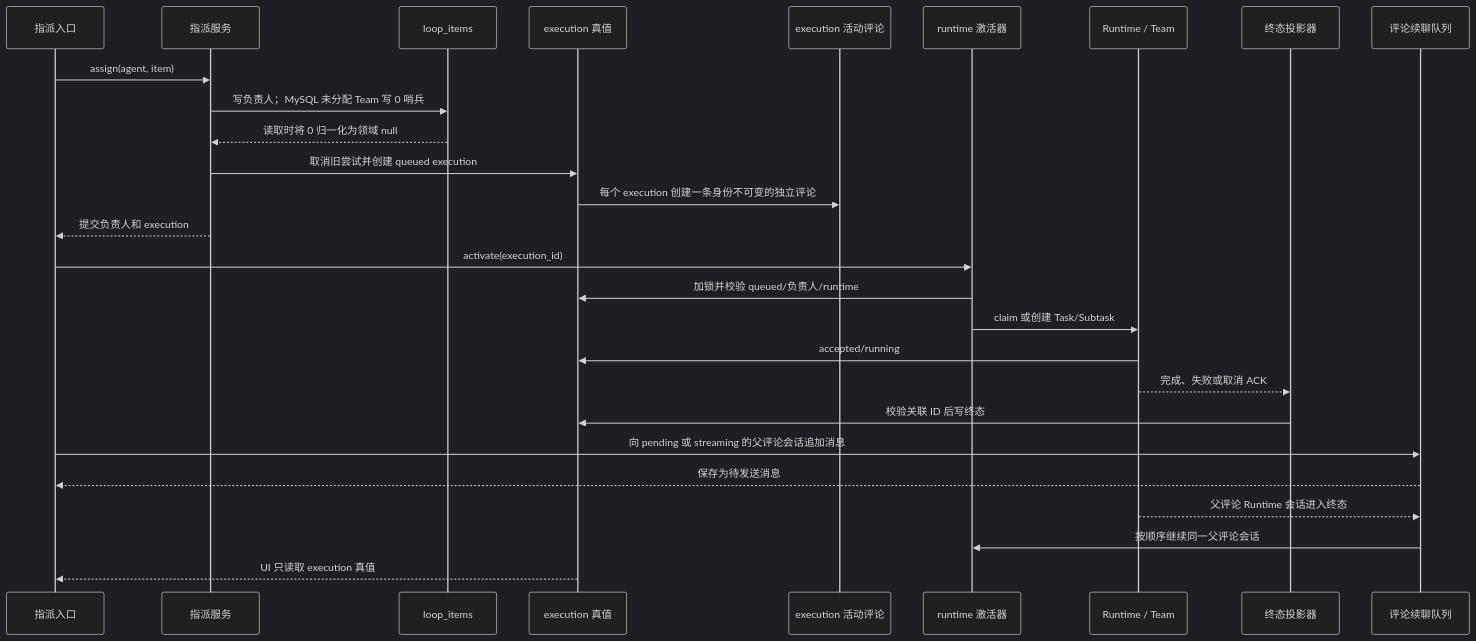
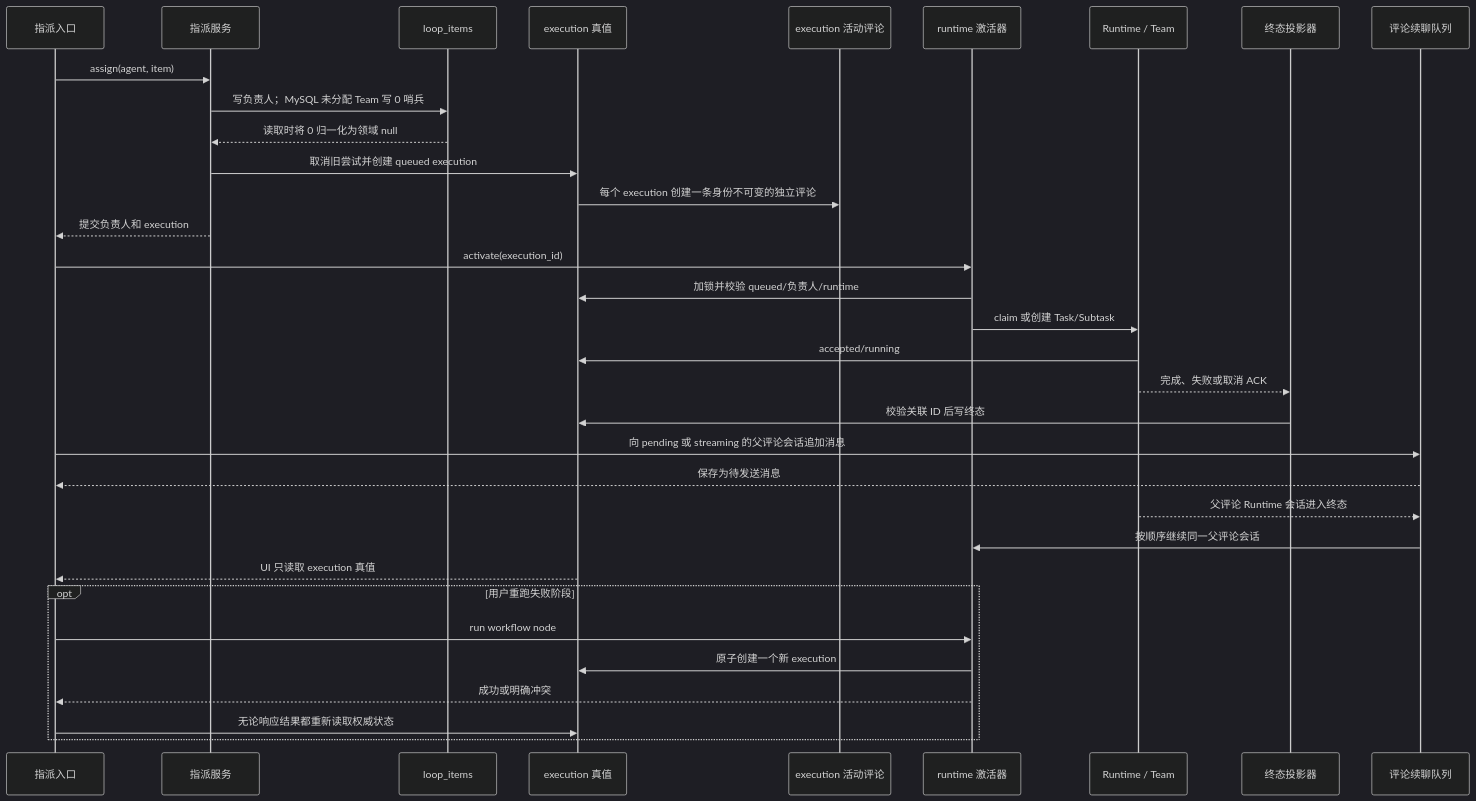
The second of 2 diagrams in i18n/zh/docusaurus-plugin-content-docs/current/architecture/board-automation.md (wecode-ai/wegent-docs), drawn with Mermaid (dark theme) before and after one commit. The commit also changed other lines of this file and 17 other files, not shown here.

````diff
--- a/i18n/zh/docusaurus-plugin-content-docs/current/architecture/board-automation.md
+++ b/i18n/zh/docusaurus-plugin-content-docs/current/architecture/board-automation.md
@@ -33,30 +33,36 @@
 ```mermaid
 sequenceDiagram
     participant E as 指派入口
     participant A as 指派服务
     participant I as loop_items
     participant X as execution 真值
     participant C as execution 活动评论
     participant R as runtime 激活器
     participant T as Runtime / Team
     participant P as 终态投影器
     participant Q as 评论续聊队列
 
     E->>A: assign(agent, item)
     A->>I: 写负责人；MySQL 未分配 Team 写 0 哨兵
     I-->>A: 读取时将 0 归一化为领域 null
     A->>X: 取消旧尝试并创建 queued execution
     X->>C: 每个 execution 创建一条身份不可变的独立评论
     A-->>E: 提交负责人和 execution
     E->>R: activate(execution_id)
     R->>X: 加锁并校验 queued/负责人/runtime
     R->>T: claim 或创建 Task/Subtask
     T->>X: accepted/running
     T-->>P: 完成、失败或取消 ACK
     P->>X: 校验关联 ID 后写终态
     E->>Q: 向 pending 或 streaming 的父评论会话追加消息
     Q-->>E: 保存为待发送消息
     T-->>Q: 父评论 Runtime 会话进入终态
     Q->>R: 按顺序继续同一父评论会话
     X-->>E: UI 只读取 execution 真值
+    opt 用户重跑失败阶段
+        E->>R: run workflow node
+        R->>X: 原子创建一个新 execution
+        R-->>E: 成功或明确冲突
+        E->>X: 无论响应结果都重新读取权威状态
+    end
 ```
````
